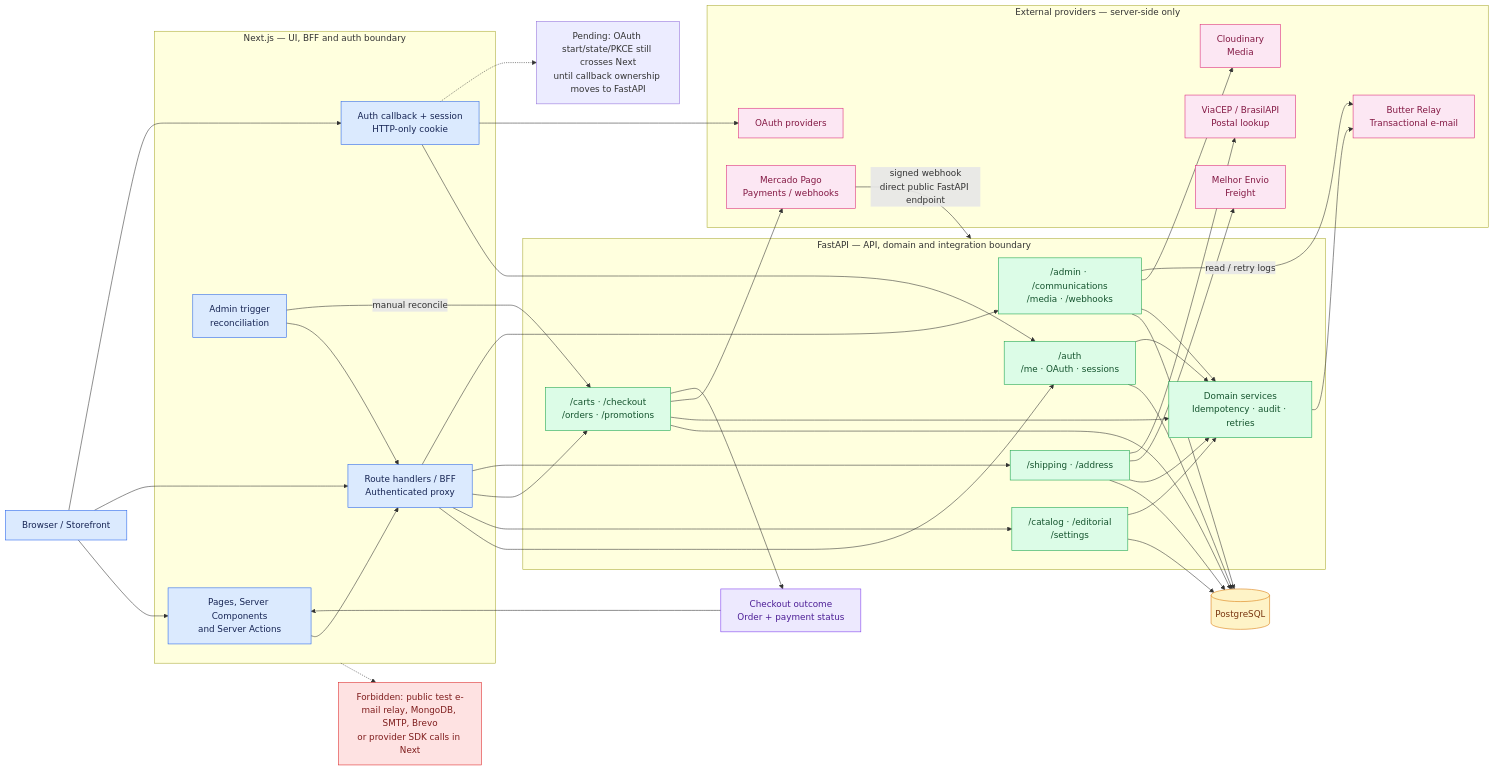
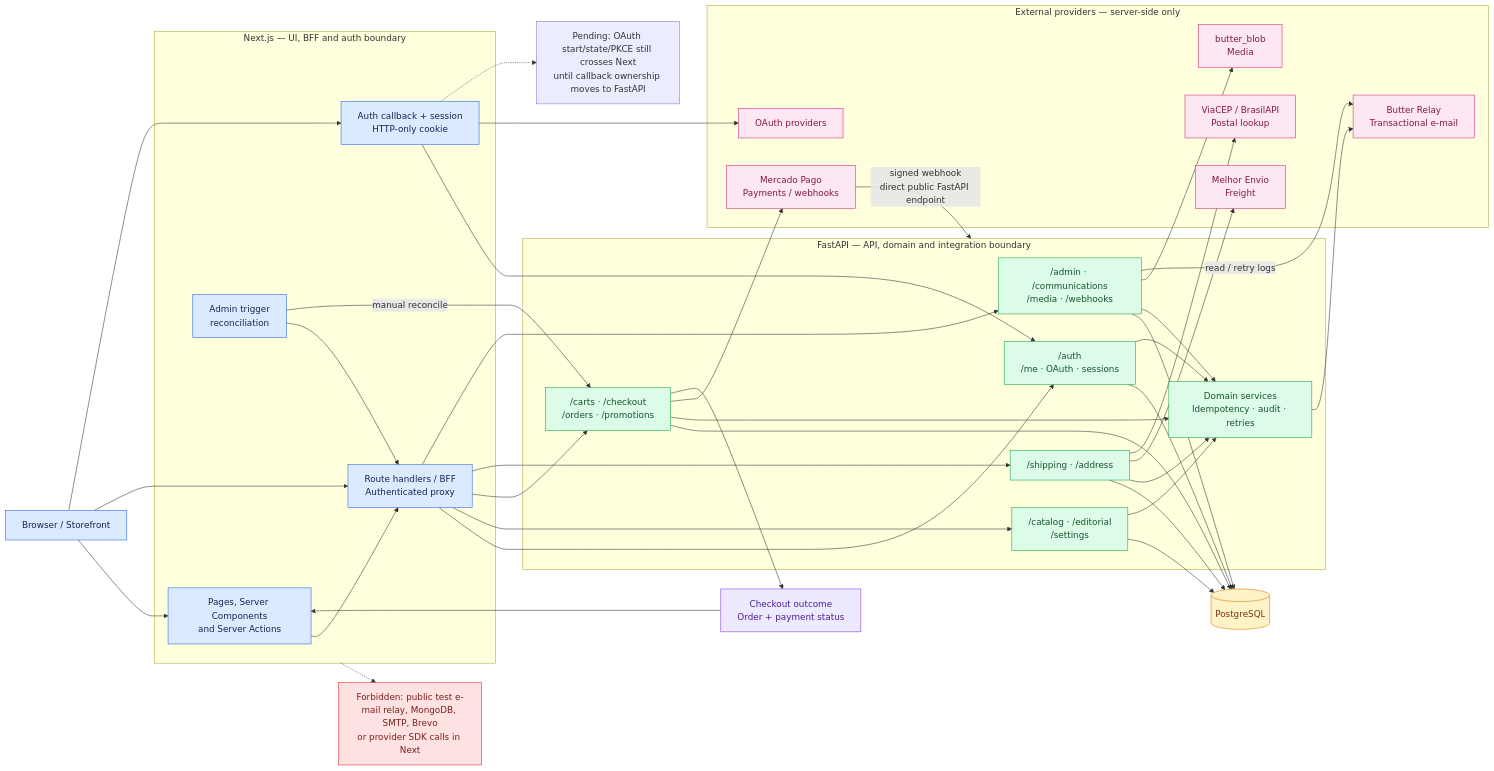
Before and after one commit to acidevbutter/selolibertaria-store: the diagram in docs/diagrams/next-fastapi-api-flows.mmd, drawn with Mermaid. The commit also changed 4 other files, not shown here.

First line of the commit message:
feat(media): point next/image at butter_blob public hosts

```diff
--- a/docs/diagrams/next-fastapi-api-flows.mmd
+++ b/docs/diagrams/next-fastapi-api-flows.mmd
@@ -1,87 +1,87 @@
 %% Next.js is the UI/BFF boundary. FastAPI is the webhook and domain boundary.
 %% FastAPI owns business rules, persistence, integrations and webhooks.
 flowchart LR
     browser["Browser / Storefront"]
 
     subgraph next["Next.js — UI, BFF and auth boundary"]
         ui["Pages, Server Components<br/>and Server Actions"]
         api["Route handlers / BFF<br/>Authenticated proxy"]
         auth["Auth callback + session<br/>HTTP-only cookie"]
         cron["Admin trigger<br/>reconciliation"]
     end
 
     subgraph fastapi["FastAPI — API, domain and integration boundary"]
         authapi["/auth<br/>/me · OAuth · sessions"]
         catalog["/catalog · /editorial<br/>/settings"]
         commerce["/carts · /checkout<br/>/orders · /promotions"]
         shipping["/shipping · /address"]
         admin["/admin · /communications<br/>/media · /webhooks"]
         workers["Domain services<br/>Idempotency · audit · retries"]
     end
 
     postgres[("PostgreSQL")]
 
     subgraph providers["External providers — server-side only"]
         mp["Mercado Pago<br/>Payments / webhooks"]
         relay["Butter Relay<br/>Transactional e-mail"]
         melhor["Melhor Envio<br/>Freight"]
-        cloudinary["Cloudinary<br/>Media"]
+        butter_blob["butter_blob<br/>Media"]
         postal["ViaCEP / BrasilAPI<br/>Postal lookup"]
         oauth["OAuth providers"]
     end
 
     browser --> ui
     browser --> api
     browser --> auth
     ui --> api
     auth --> authapi
     auth --> oauth
     api --> authapi
     api --> catalog
     api --> commerce
     api --> shipping
     api --> admin
     cron --> api
 
     authapi --> postgres
     catalog --> postgres
     commerce --> postgres
     shipping --> postgres
     admin --> postgres
     authapi --> workers
     catalog --> workers
     commerce --> workers
     shipping --> workers
     admin --> workers
 
     commerce --> mp
     mp -->|"signed webhook<br/>direct public FastAPI endpoint"| fastapi
     cron -->|"manual reconcile"| commerce
     shipping --> melhor
     shipping --> postal
-    admin --> cloudinary
+    admin --> butter_blob
     workers --> relay
     admin -->|"read / retry logs"| relay
 
     checkout["Checkout outcome<br/>Order + payment status"]
     commerce --> checkout
     checkout --> ui
 
     pending["Pending: OAuth start/state/PKCE still crosses Next<br/>until callback ownership moves to FastAPI"]
     forbidden["Forbidden: public test e-mail relay, MongoDB, SMTP, Brevo<br/>or provider SDK calls in Next"]
     next -.-> forbidden
     auth -.-> pending
 
     classDef nextNode fill:#dbeafe,stroke:#2563eb,color:#172554
     classDef apiNode fill:#dcfce7,stroke:#16a34a,color:#14532d
     classDef dataNode fill:#fef3c7,stroke:#d97706,color:#78350f
     classDef providerNode fill:#fce7f3,stroke:#db2777,color:#831843
     classDef warningNode fill:#fee2e2,stroke:#dc2626,color:#7f1d1d
     classDef resultNode fill:#ede9fe,stroke:#7c3aed,color:#4c1d95
 
     class browser,ui,api,auth,cron nextNode
     class authapi,catalog,commerce,shipping,admin,workers apiNode
     class postgres dataNode
-    class mp,relay,melhor,cloudinary,postal,oauth providerNode
+    class mp,relay,melhor,butter_blob,postal,oauth providerNode
     class forbidden warningNode
     class checkout resultNode
```
